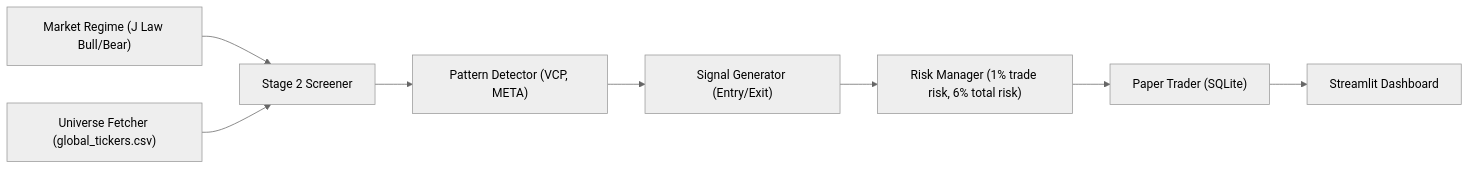
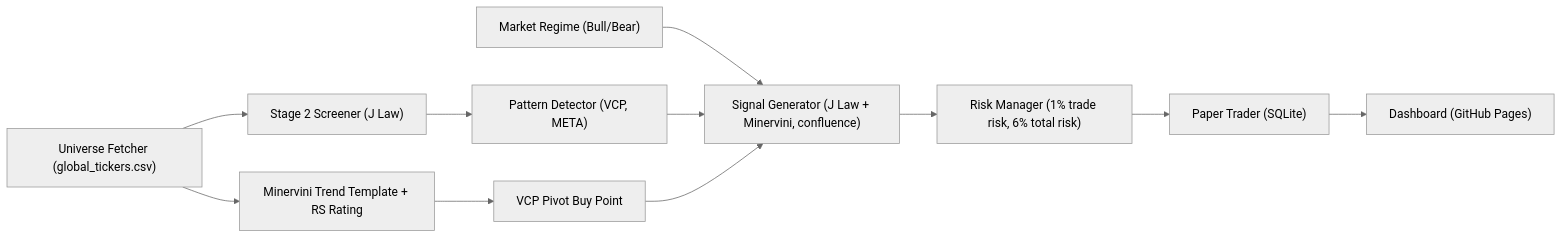
The diagram in README.md (gitdhirajsv/Azalyst-Stock-Intelligence), drawn with Mermaid (neutral theme) before and after one commit. The commit also changed other lines of this file and 10 other files, not shown here.

````diff
--- a/README.md
+++ b/README.md
@@ -83,10 +85,13 @@
 ```mermaid
 flowchart LR
-    REG["Market Regime (J Law Bull/Bear)"] --> SC
-    UF["Universe Fetcher (global_tickers.csv)"] --> SC["Stage 2 Screener"]
+    REG["Market Regime (Bull/Bear)"] --> SG
+    UF["Universe Fetcher (global_tickers.csv)"] --> SC["Stage 2 Screener (J Law)"]
+    UF --> MTT["Minervini Trend Template + RS Rating"]
     SC --> PD["Pattern Detector (VCP, META)"]
-    PD --> SG["Signal Generator (Entry/Exit)"]
+    PD --> SG["Signal Generator (J Law + Minervini, confluence)"]
+    MTT --> PV["VCP Pivot Buy Point"]
+    PV --> SG
     SG --> RM["Risk Manager (1% trade risk, 6% total risk)"]
     RM --> PT["Paper Trader (SQLite)"]
-    PT --> DASH["Streamlit Dashboard"]
+    PT --> DASH["Dashboard (GitHub Pages)"]
 ```
````
